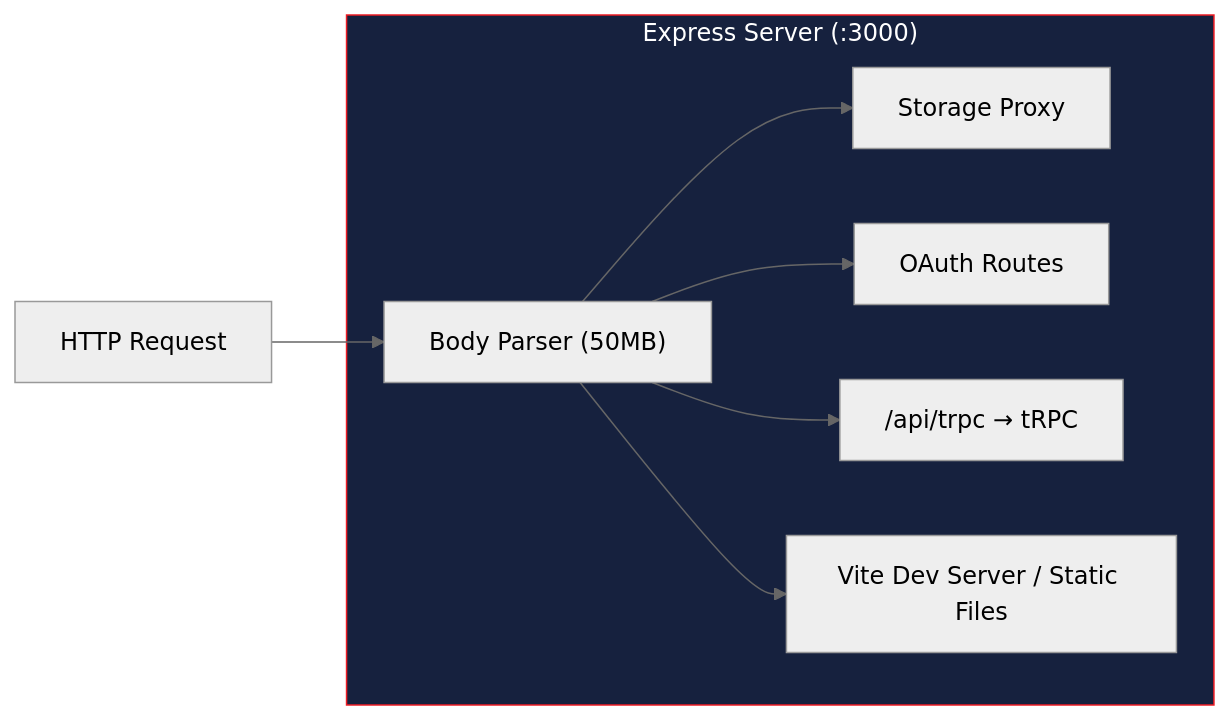
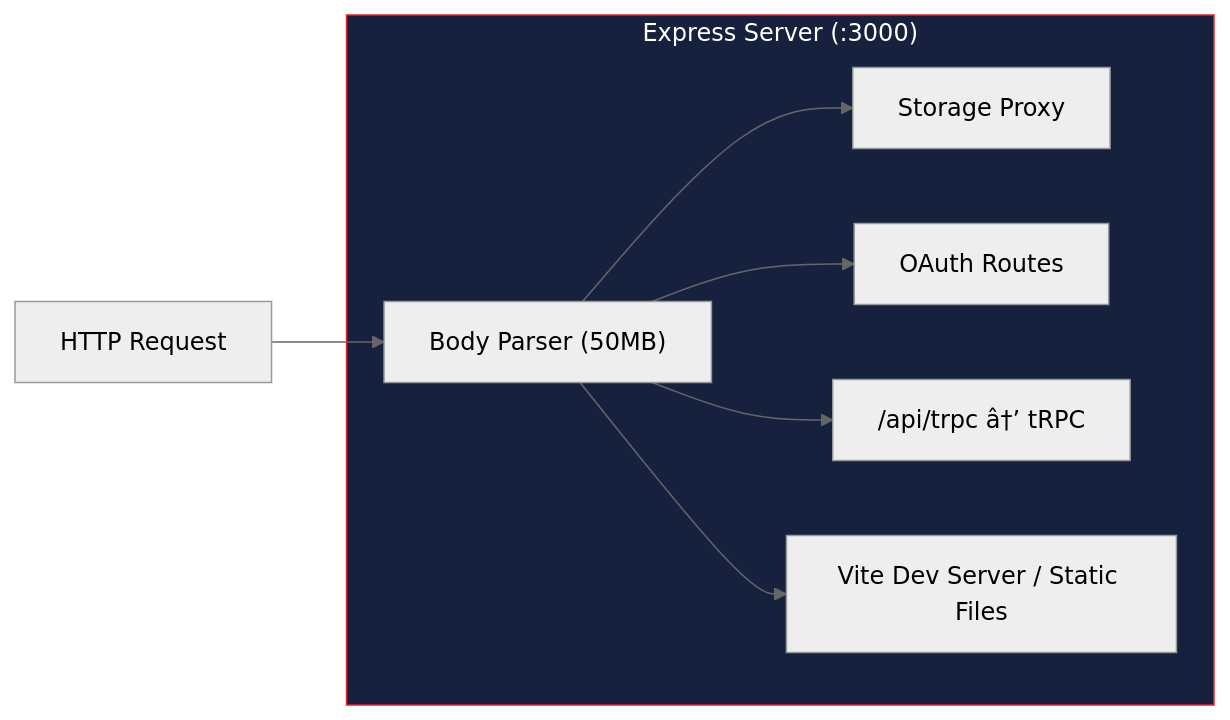
The second of 14 diagrams in README.md (arfaoui-yassine/Flayou3756), drawn with Mermaid (neutral theme) before and after one commit. The commit also changed other lines of this file, not shown here.

````diff
--- a/README.md
+++ b/README.md
@@ -174,18 +177,18 @@
 ```mermaid
 graph LR
     subgraph Express["Express Server (:3000)"]
         BP["Body Parser (50MB)"]
         Storage["Storage Proxy"]
         OAuthR["OAuth Routes"]
-        TRPC["/api/trpc → tRPC"]
+        TRPC["/api/trpc â†’ tRPC"]
         Vite["Vite Dev Server / Static Files"]
     end
 
     Request["HTTP Request"] --> BP
     BP --> Storage
     BP --> OAuthR
     BP --> TRPC
     BP --> Vite
 
     style Express fill:#16213e,stroke:#ED1C24,color:#fff
 ```
````
